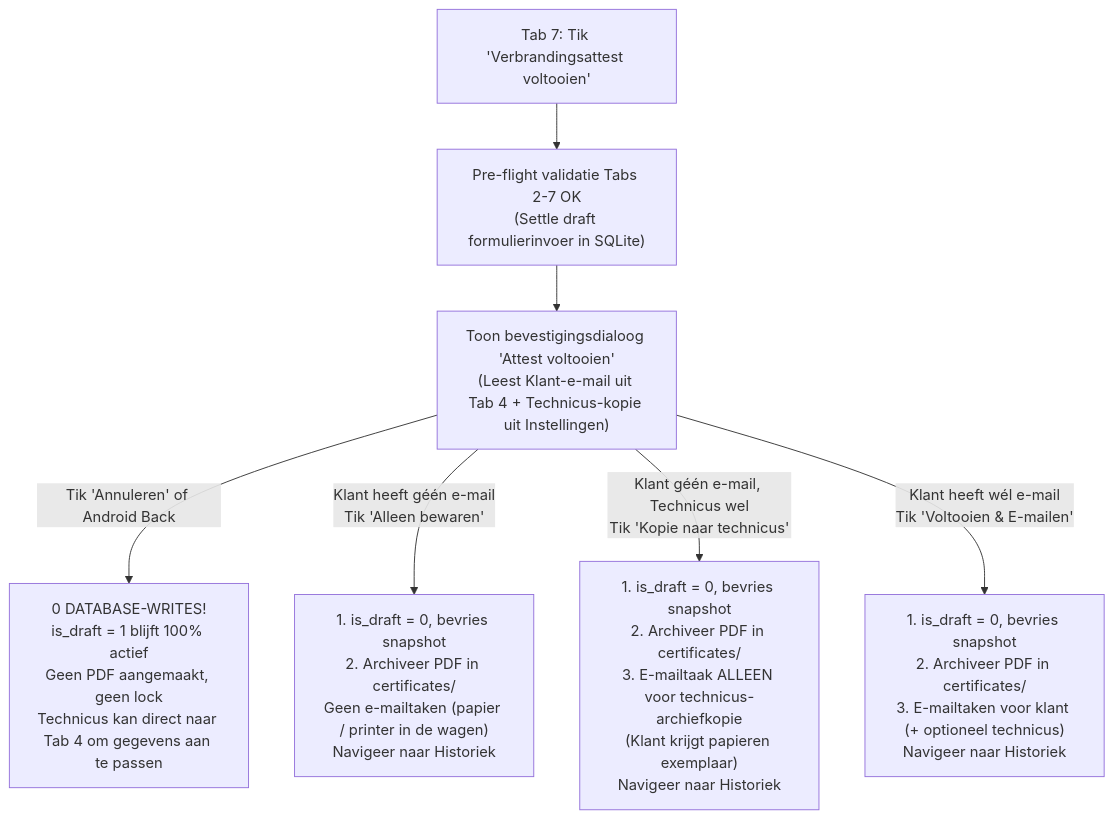
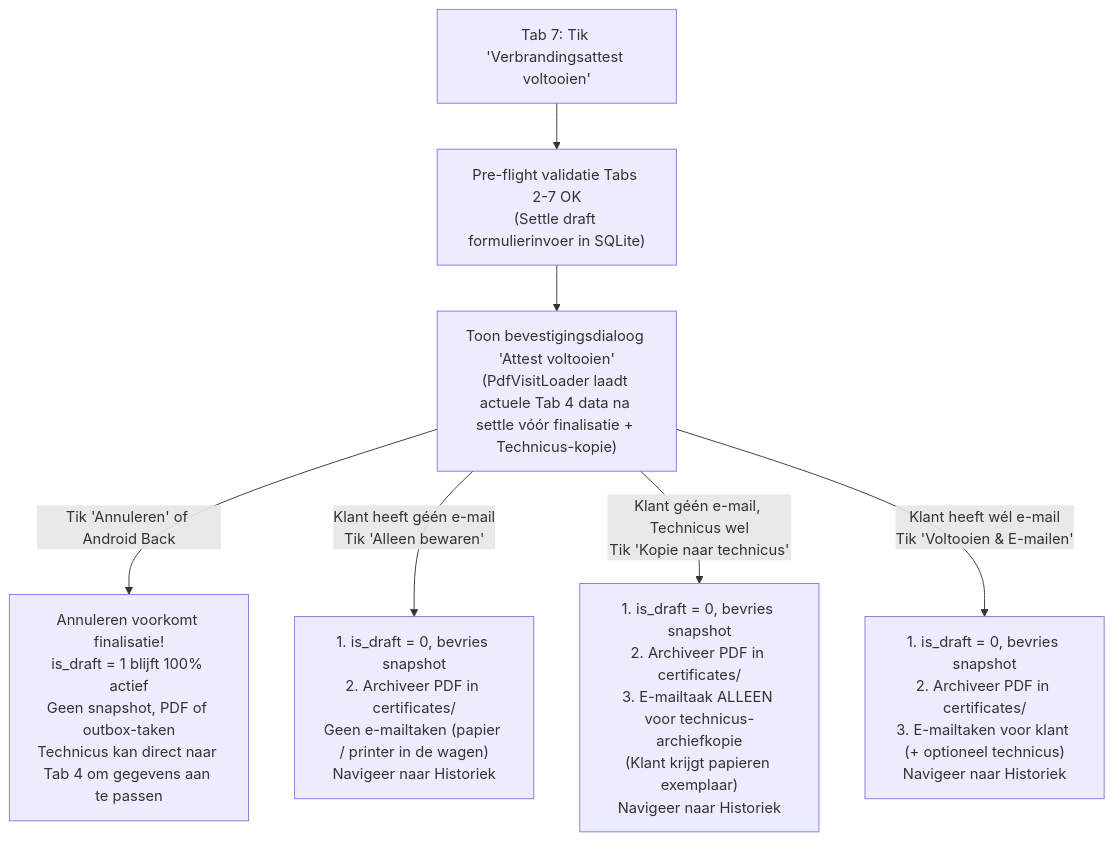
The second of 4 diagrams in doc/MASTER_EMAIL_DELIVERY_WORKFLOW.md (osrsmobiledev/hvac_V0.3), drawn with Mermaid before and after one commit. The commit also changed other lines of this file and 22 other files, not shown here.

````diff
--- a/doc/MASTER_EMAIL_DELIVERY_WORKFLOW.md
+++ b/doc/MASTER_EMAIL_DELIVERY_WORKFLOW.md
@@ -73,9 +76,9 @@
 ```mermaid
 flowchart TD
     A["Tab 7: Tik 'Verbrandingsattest voltooien'"] --> B["Pre-flight validatie Tabs 2-7 OK\n(Settle draft formulierinvoer in SQLite)"]
-    B --> C["Toon bevestigingsdialoog 'Attest voltooien'\n(Leest Klant-e-mail uit Tab 4 + Technicus-kopie uit Instellingen)"]
-    C -->|Tik 'Annuleren' of Android Back| D["0 DATABASE-WRITES!\nis_draft = 1 blijft 100% actief\nGeen PDF aangemaakt, geen lock\nTechnicus kan direct naar Tab 4 om gegevens aan te passen"]
+    B --> C["Toon bevestigingsdialoog 'Attest voltooien'\n(PdfVisitLoader laadt actuele Tab 4 data na settle vóór finalisatie + Technicus-kopie)"]
+    C -->|Tik 'Annuleren' of Android Back| D["Annuleren voorkomt finalisatie!\nis_draft = 1 blijft 100% actief\nGeen snapshot, PDF of outbox-taken\nTechnicus kan direct naar Tab 4 om gegevens aan te passen"]
     C -->|Klant heeft géén e-mail\nTik 'Alleen bewaren'| E["1. is_draft = 0, bevries snapshot\n2. Archiveer PDF in certificates/\nGeen e-mailtaken (papier / printer in de wagen)\nNavigeer naar Historiek"]
     C -->|Klant géén e-mail, Technicus wel\nTik 'Kopie naar technicus'| F["1. is_draft = 0, bevries snapshot\n2. Archiveer PDF in certificates/\n3. E-mailtaak ALLEEN voor technicus-archiefkopie\n(Klant krijgt papieren exemplaar)\nNavigeer naar Historiek"]
     C -->|Klant heeft wél e-mail\nTik 'Voltooien & E-mailen'| G["1. is_draft = 0, bevries snapshot\n2. Archiveer PDF in certificates/\n3. E-mailtaken voor klant (+ optioneel technicus)\nNavigeer naar Historiek"]
 ```
````
